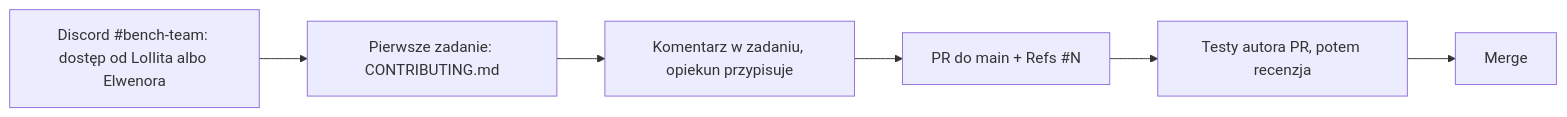
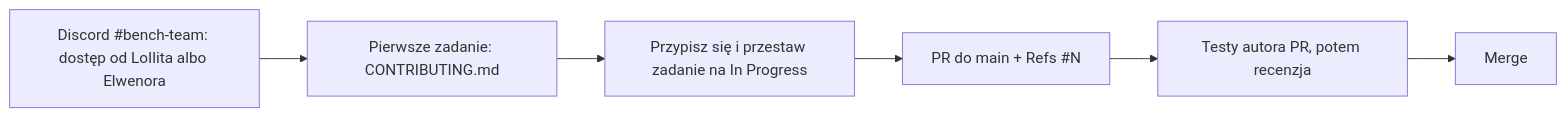
The diagram in README.md (slayerlabs/benchmarks-fabryka-ai), drawn with Mermaid before and after one commit. The commit also changed 1 other file, not shown here.

Commit message:
docs: zadanie bierzesz sam, przypisując się i przestawiając je na In Progress
Osoba z zespołu Benchmark Team wybiera zadanie, przypisuje się do niego i przestawia je na tablicy
na In Progress. Nie pisze komentarza i nie czeka na opiekuna. Zmiana w CONTRIBUTING.md
(„Pierwsze zadanie”, „Tablica”) i w diagramie w README.md.

````diff
--- a/README.md
+++ b/README.md
@@ -27,7 +27,7 @@
 ```mermaid
 flowchart LR
   A[Discord #bench-team: dostęp od LoIlita albo Elwenora] --> B[Pierwsze zadanie: CONTRIBUTING.md]
-  B --> C[Komentarz w zadaniu, opiekun przypisuje]
+  B --> C[Przypisz się i przestaw zadanie na In Progress]
   C --> D[PR do main + Refs #N]
   D --> E[Testy autora PR, potem recenzja] --> F[Merge]
 ```
````
